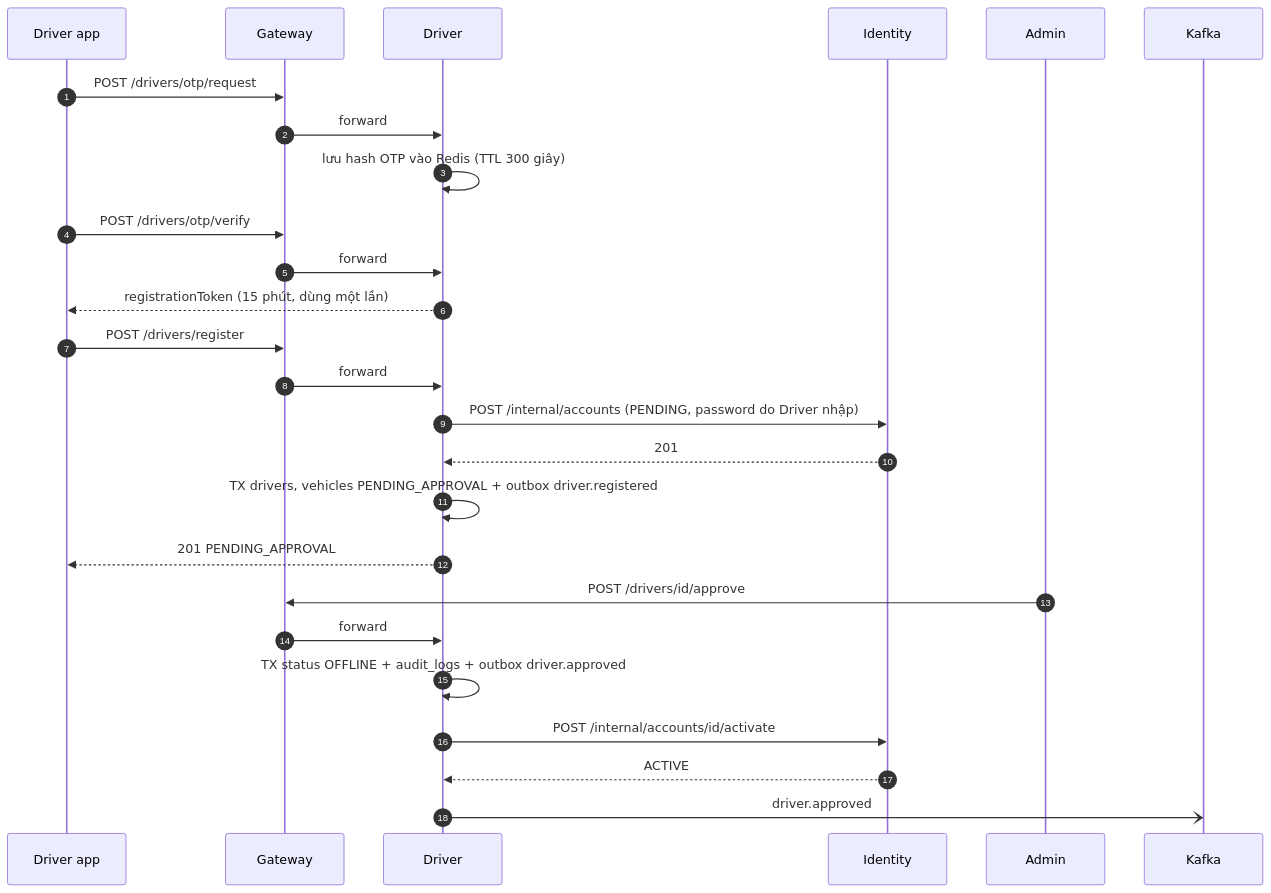
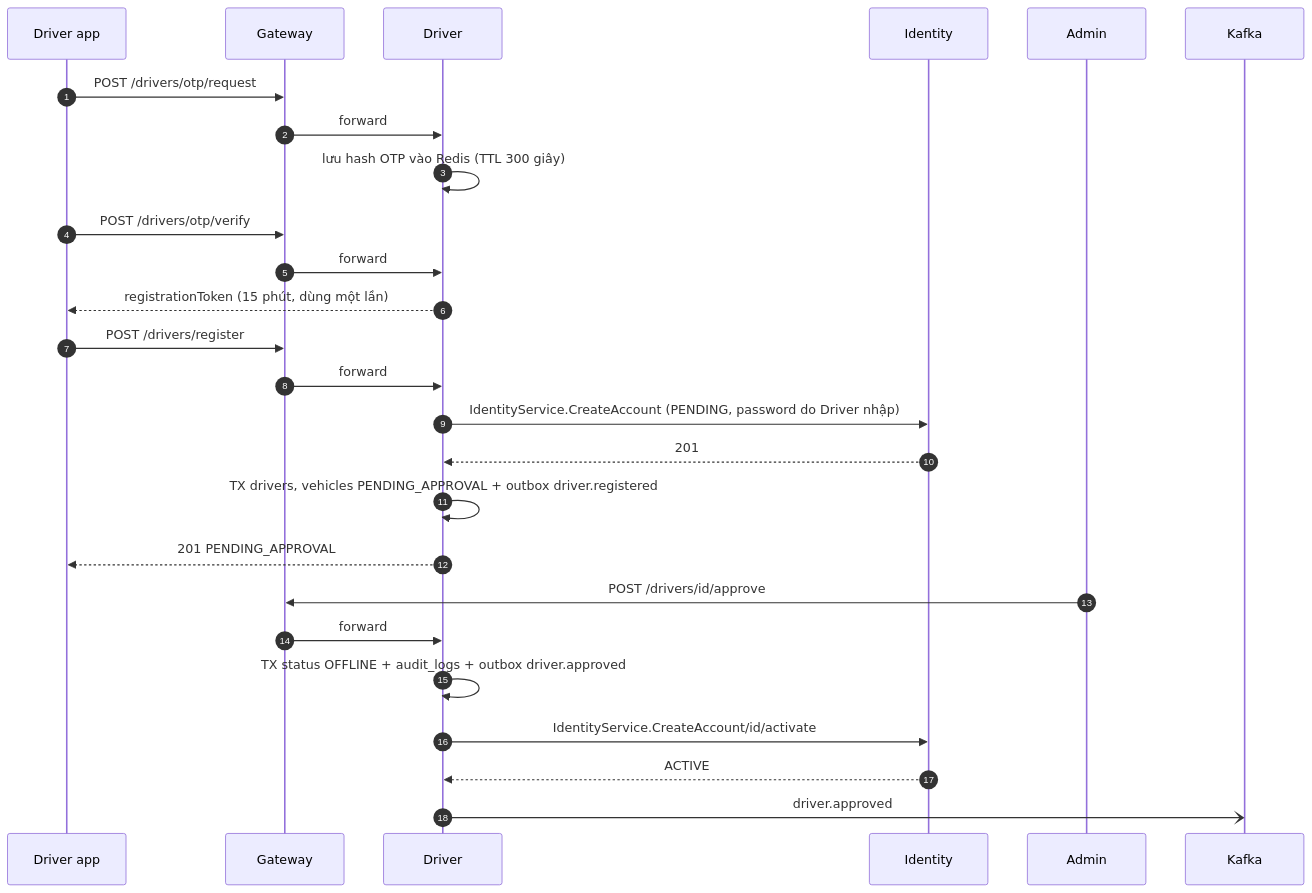
One commit to vthaix/23674231_TranVanThai_Cabsystem changed the third of 12 diagrams in microservice_design.md. Above: the diagram before and after it, drawn with Mermaid. The commit also changed other lines of this file and 65 other files, not shown here.

````diff
--- a/microservice_design.md
+++ b/microservice_design.md
@@ -592,28 +591,28 @@
 ```mermaid
 sequenceDiagram
     autonumber
     participant D as Driver app
     participant GW as Gateway
     participant DR as Driver
     participant ID as Identity
     participant AD as Admin
     participant KF as Kafka
     D->>GW: POST /drivers/otp/request
     GW->>DR: forward
     DR->>DR: lưu hash OTP vào Redis (TTL 300 giây)
     D->>GW: POST /drivers/otp/verify
     GW->>DR: forward
     DR-->>D: registrationToken (15 phút, dùng một lần)
     D->>GW: POST /drivers/register
     GW->>DR: forward
-    DR->>ID: POST /internal/accounts (PENDING, password do Driver nhập)
+    DR->>ID: IdentityService.CreateAccount (PENDING, password do Driver nhập)
     ID-->>DR: 201
     DR->>DR: TX drivers, vehicles PENDING_APPROVAL + outbox driver.registered
     DR-->>D: 201 PENDING_APPROVAL
     AD->>GW: POST /drivers/id/approve
     GW->>DR: forward
     DR->>DR: TX status OFFLINE + audit_logs + outbox driver.approved
-    DR->>ID: POST /internal/accounts/id/activate
+    DR->>ID: IdentityService.CreateAccount/id/activate
     ID-->>DR: ACTIVE
     DR-)KF: driver.approved
 ```
````
